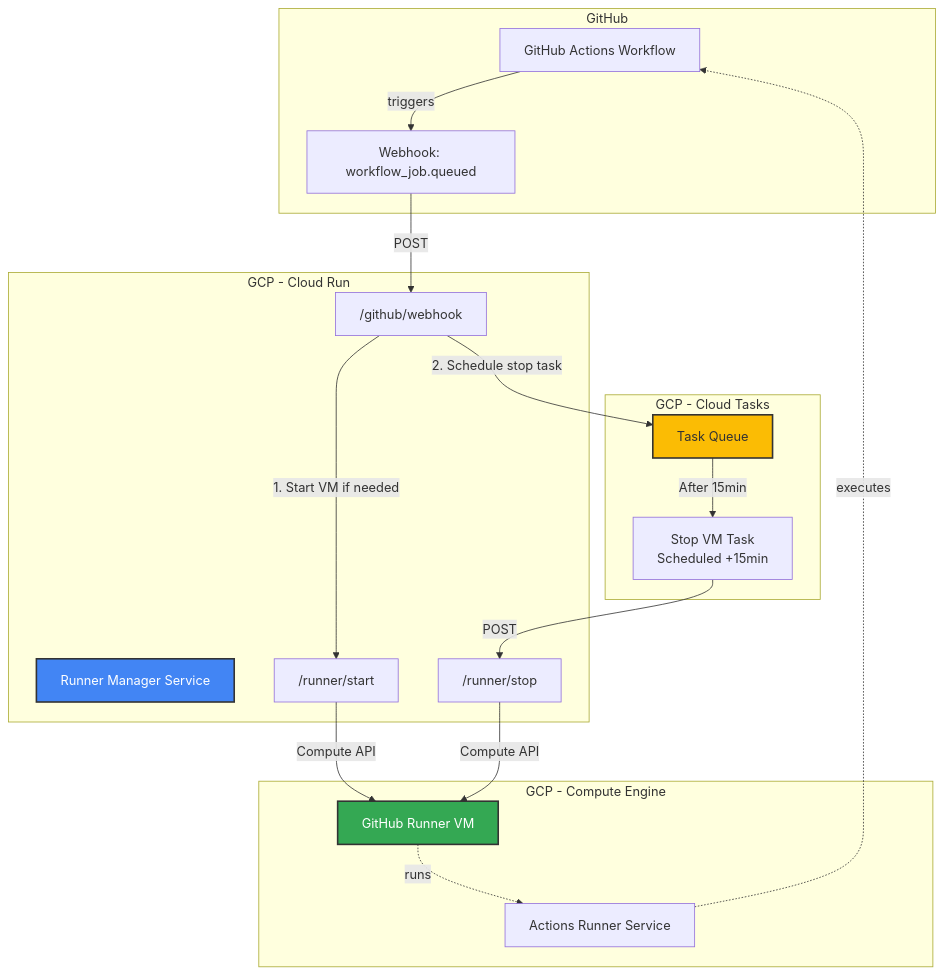
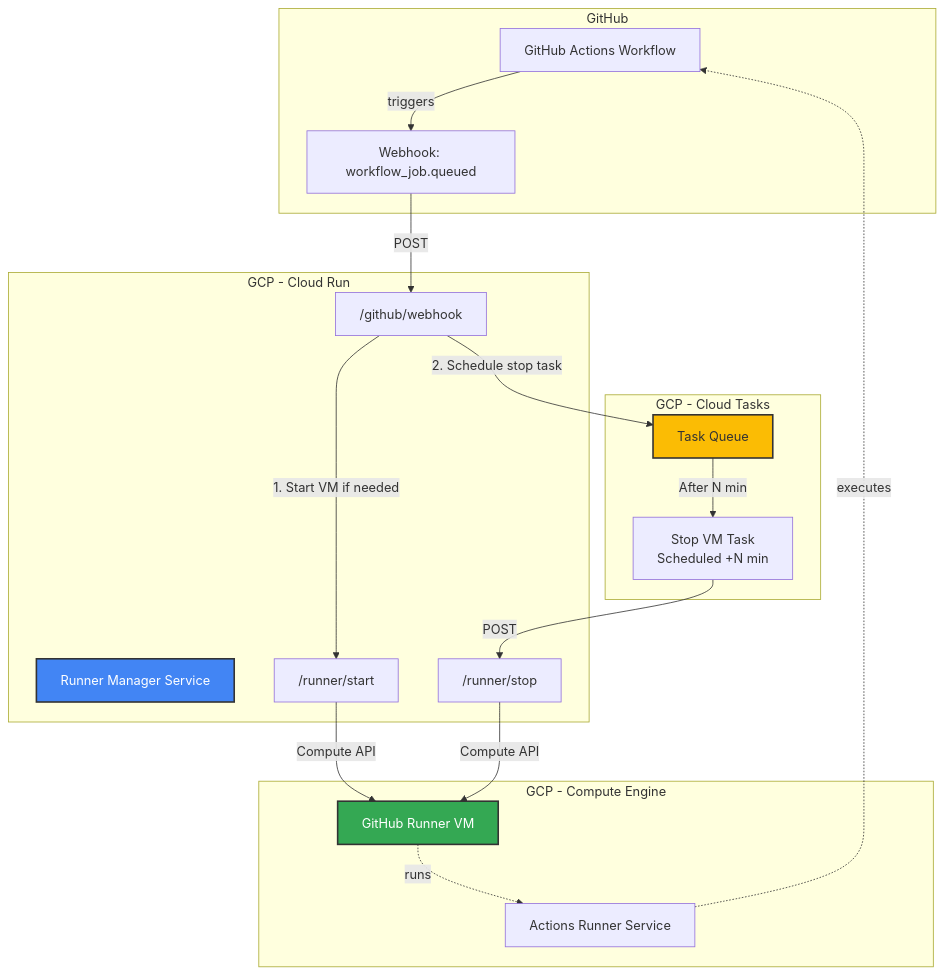
The diagram in README.md (nakamasato/gha-vm-self-hosted-runner), drawn with Mermaid before and after one commit. The commit also changed other lines of this file, not shown here.

````diff
--- a/README.md
+++ b/README.md
@@ -34,39 +34,39 @@
 ```mermaid
 graph TB
     subgraph GitHub
         GH[GitHub Actions Workflow]
         WH[Webhook: workflow_job.queued]
     end
 
     subgraph "GCP - Cloud Run"
         CR[Runner Manager Service]
         EP1["/github/webhook"]
         EP2["/runner/start"]
         EP3["/runner/stop"]
     end
 
     subgraph "GCP - Cloud Tasks"
         CT[Task Queue]
-        TASK[Stop VM Task<br/>Scheduled +15min]
+        TASK[Stop VM Task<br/>Scheduled +N min]
     end
 
     subgraph "GCP - Compute Engine"
         VM[GitHub Runner VM]
         RUNNER[Actions Runner Service]
     end
 
     GH -->|triggers| WH
     WH -->|POST| EP1
     EP1 -->|1. Start VM if needed| EP2
     EP1 -->|2. Schedule stop task| CT
     EP2 -->|Compute API| VM
-    CT -->|After 15min| TASK
+    CT -->|After N min| TASK
     TASK -->|POST| EP3
     EP3 -->|Compute API| VM
     VM -.->|runs| RUNNER
     RUNNER -.->|executes| GH
 
     style CR fill:#4285f4,stroke:#333,stroke-width:2px,color:#fff
     style VM fill:#34a853,stroke:#333,stroke-width:2px,color:#fff
     style CT fill:#fbbc04,stroke:#333,stroke-width:2px
 ```
````
